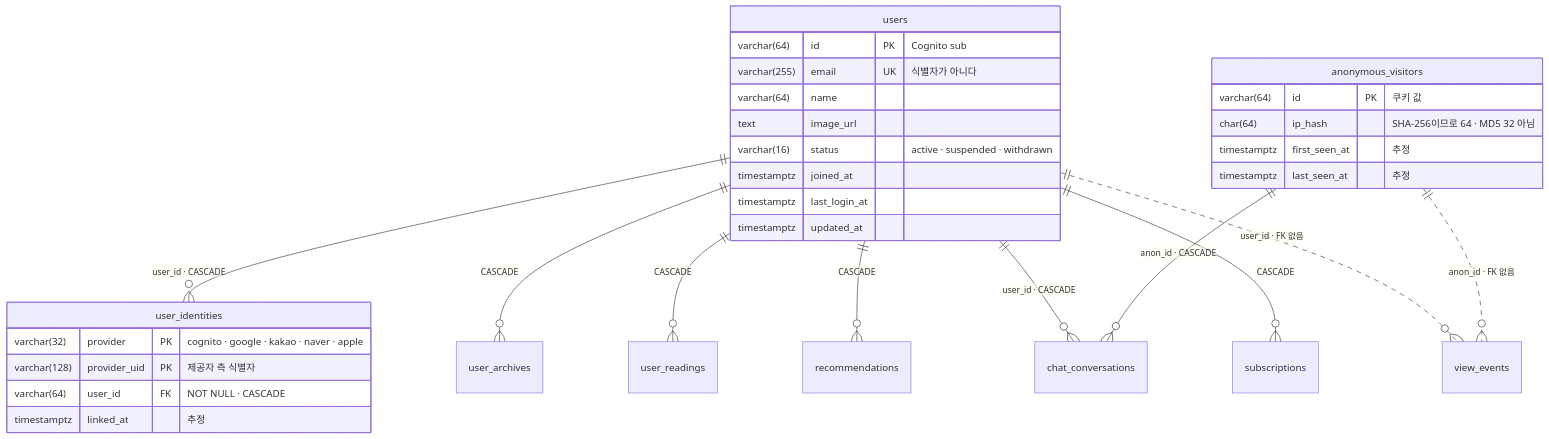
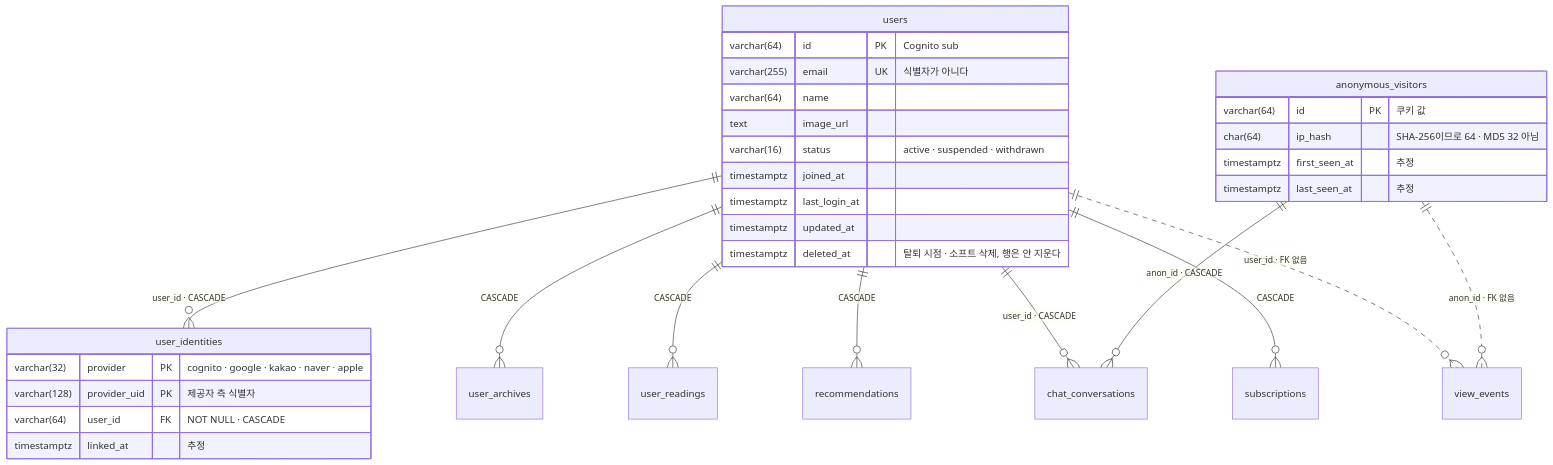
The diagram in docs/architecture/lens-erd-src/06-users.mmd (sedaily-ai/AILENS), drawn with Mermaid before and after one commit. The commit also changed 7 other files, not shown here.

First line of the commit message:
docs(db): PostgreSQL ERD 논리·물리 설계 이슈 해결 + 문서 체계 정리

```diff
--- a/docs/architecture/lens-erd-src/06-users.mmd
+++ b/docs/architecture/lens-erd-src/06-users.mmd
@@ -1,33 +1,40 @@
 erDiagram
   users {
     varchar(64) id PK "Cognito sub"
     varchar(255) email UK "식별자가 아니다"
     varchar(64) name
     text image_url
     varchar(16) status "active · suspended · withdrawn"
     timestamptz joined_at
     timestamptz last_login_at
     timestamptz updated_at
+    timestamptz deleted_at "탈퇴 시점 · 소프트 삭제, 행은 안 지운다"
   }
   user_identities {
     varchar(32) provider PK "cognito · google · kakao · naver · apple"
     varchar(128) provider_uid PK "제공자 측 식별자"
     varchar(64) user_id FK "NOT NULL · CASCADE"
     timestamptz linked_at "추정"
   }
   anonymous_visitors {
     varchar(64) id PK "쿠키 값"
     char(64) ip_hash "SHA-256이므로 64 · MD5 32 아님"
     timestamptz first_seen_at "추정"
     timestamptz last_seen_at "추정"
   }
 
   users ||--o{ user_identities : "user_id · CASCADE"
   users ||--o{ user_archives : "CASCADE"
   users ||--o{ user_readings : "CASCADE"
   users ||--o{ recommendations : "CASCADE"
   users ||--o{ chat_conversations : "user_id · CASCADE"
   users ||--o{ subscriptions : "CASCADE"
   users ||..o{ view_events : "user_id · FK 없음"
   anonymous_visitors ||--o{ chat_conversations : "anon_id · CASCADE"
   anonymous_visitors ||..o{ view_events : "anon_id · FK 없음"
+
+  %% 삭제 정책 (논리 설계 결정, 2026-09-08)
+  %% 탈퇴 = 즉시 소프트 삭제(status='withdrawn' + deleted_at 기록, 행 유지) →
+  %% 위 CASCADE는 이 시점엔 발동하지 않는다. 법정 보존기간(예: 30일) 경과 후
+  %% 별도 하드 삭제 배치가 행을 실제로 지울 때만 CASCADE가 발동한다.
+  %% 정확한 보존기간·PII 익명화 범위는 법무 확인 필요 — worklog 참조.
```
